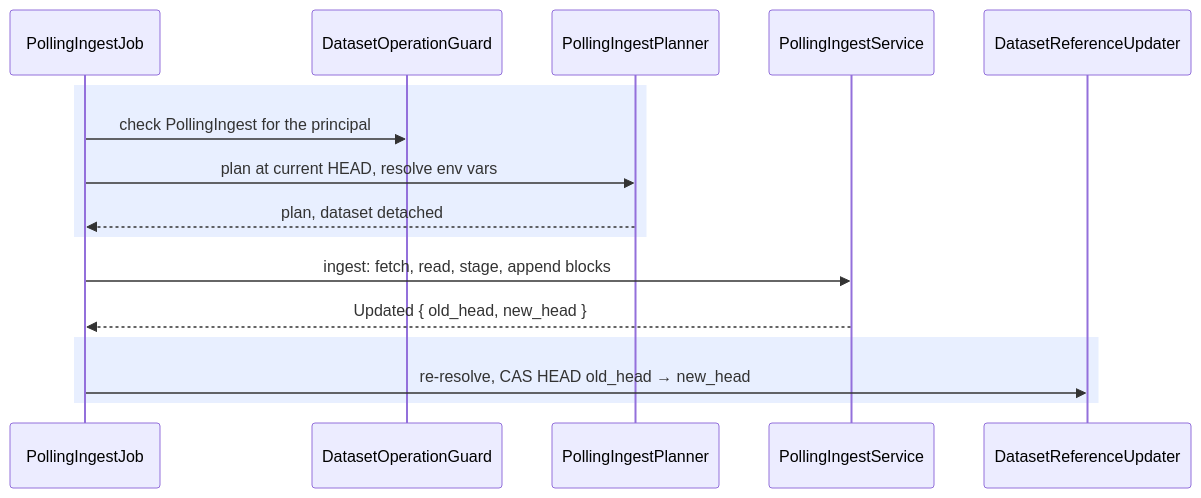
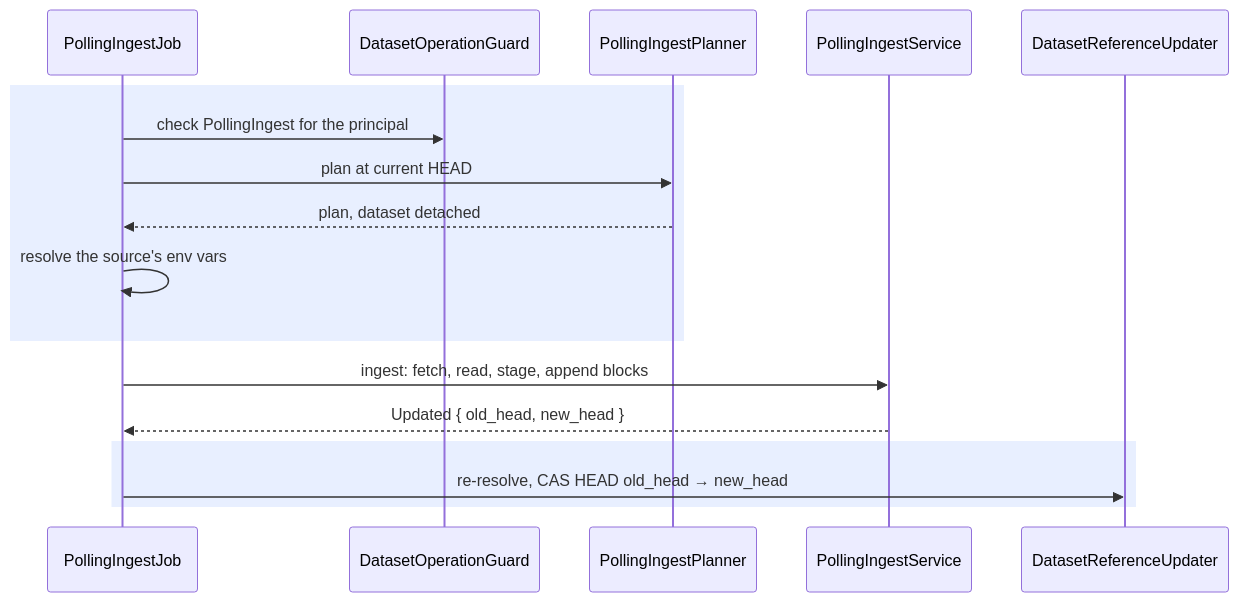
Before and after one commit to kamu-data/kamu-cli: the second of 3 diagrams in docs/internal/dataset-operations.md, drawn with Mermaid. The commit also changed 1 other file, not shown here.

Commit message:
Stage 0 changelog and docs corrections

````diff
--- a/docs/internal/dataset-operations.md
+++ b/docs/internal/dataset-operations.md
@@ -97,19 +97,20 @@
 ```mermaid
 sequenceDiagram
     participant J as PollingIngestJob
     participant G as DatasetOperationGuard
     participant P as PollingIngestPlanner
     participant I as PollingIngestService
     participant C as DatasetReferenceUpdater
 
     rect rgba(100, 150, 255, 0.15)
     J->>G: check PollingIngest for the principal
-    J->>P: plan at current HEAD, resolve env vars
+    J->>P: plan at current HEAD
     P-->>J: plan, dataset detached
+    J->>J: resolve the source's env vars
     end
     J->>I: ingest: fetch, read, stage, append blocks
     I-->>J: Updated { old_head, new_head }
     rect rgba(100, 150, 255, 0.15)
     J->>C: re-resolve, CAS HEAD old_head → new_head
     end
 ```
````
